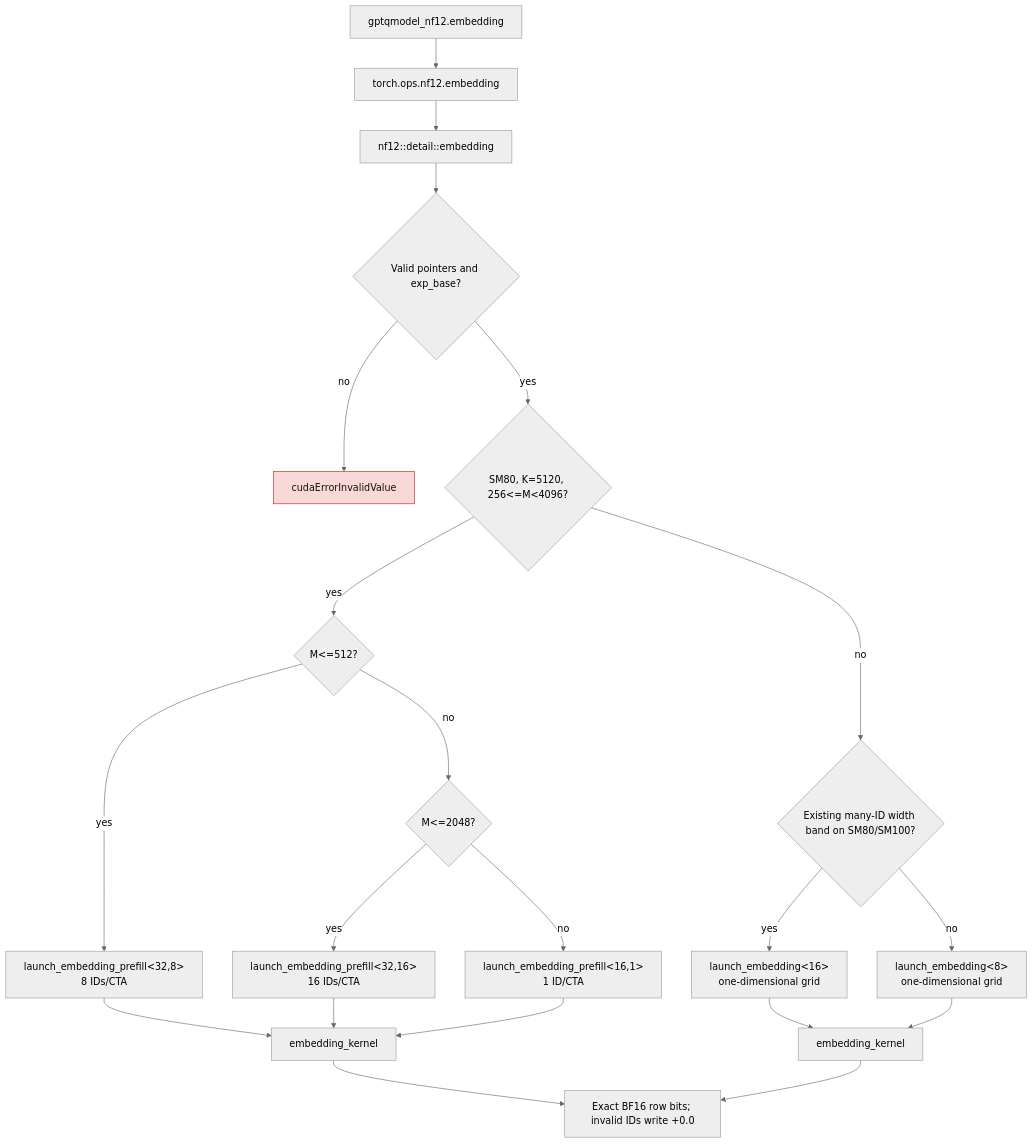
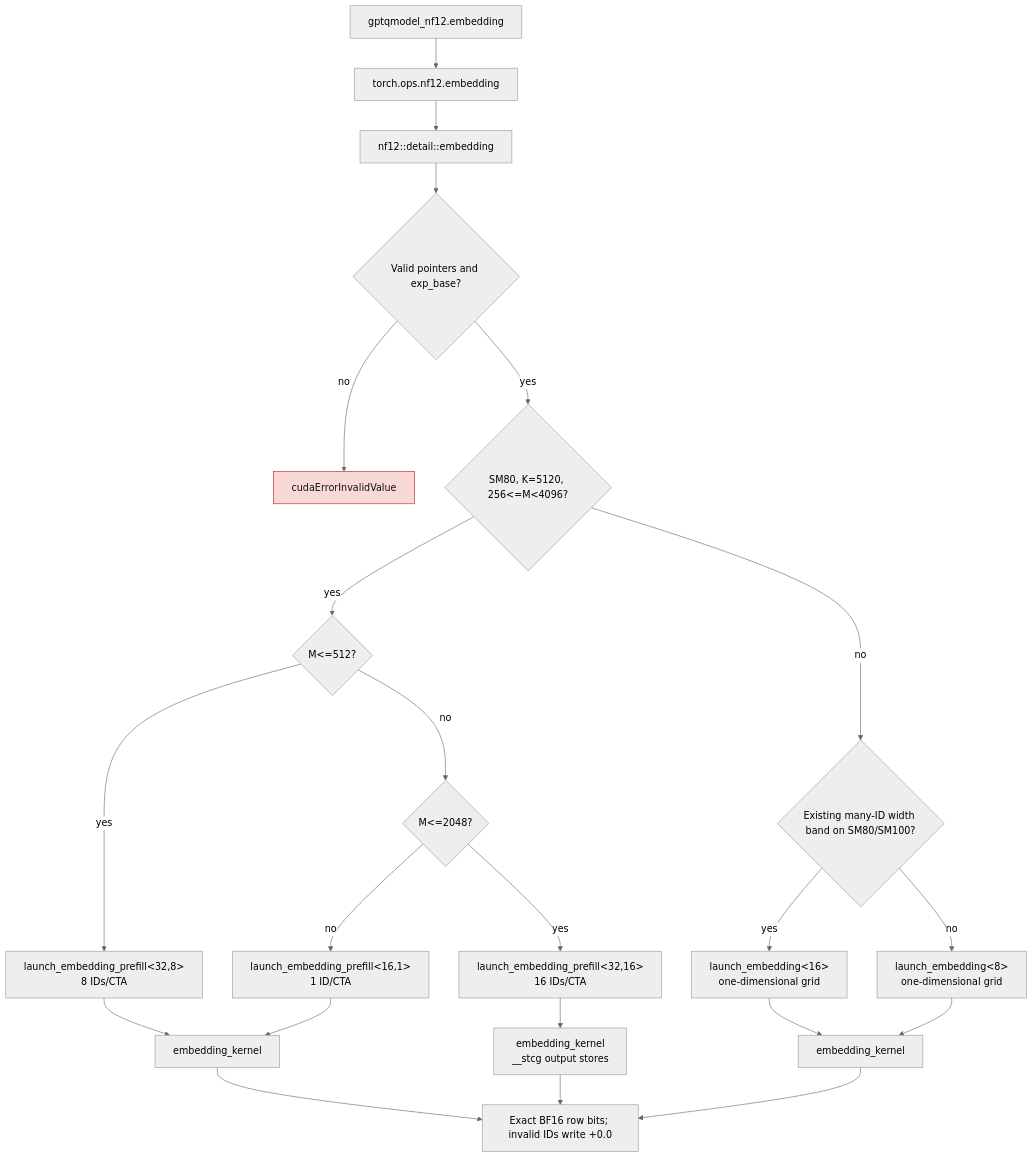
Before and after one commit to ModelCloud/GPTQModel: the diagram in docs/nf12-embedding-prefill-dispatch.md, drawn with Mermaid (neutral theme). The commit also changed other lines of this file and 5 other files, not shown here.

````diff
--- a/docs/nf12-embedding-prefill-dispatch.md
+++ b/docs/nf12-embedding-prefill-dispatch.md
@@ -9,25 +9,26 @@
 ```mermaid
 flowchart TD
     A["gptqmodel_nf12.embedding"] --> B["torch.ops.nf12.embedding"]
     B --> C["nf12::detail::embedding"]
     C --> V{"Valid pointers and exp_base?"}
     V -- no --> X["cudaErrorInvalidValue"]
     V -- yes --> D{"SM80, K=5120, 256<=M<4096?"}
     D -- yes --> E{"M<=512?"}
     E -- yes --> F["launch_embedding_prefill<32,8><br/>8 IDs/CTA"]
     E -- no --> G{"M<=2048?"}
     G -- yes --> P["launch_embedding_prefill<32,16><br/>16 IDs/CTA"]
     G -- no --> Q["launch_embedding_prefill<16,1><br/>1 ID/CTA"]
     D -- no --> H{"Existing many-ID width band on SM80/SM100?"}
     H -- yes --> I["launch_embedding<16><br/>one-dimensional grid"]
     H -- no --> J["launch_embedding<8><br/>one-dimensional grid"]
     F --> K["embedding_kernel<Grid2D=true>"]
-    P --> K
+    P --> S["embedding_kernel<Grid2D=true, IdsPerCTA=16><br/>__stcg output stores"]
     Q --> K
     I --> L["embedding_kernel<Grid2D=false>"]
     J --> L
     K --> Z["Exact BF16 row bits; invalid IDs write +0.0"]
+    S --> Z
     L --> Z
     classDef failure fill:#f9d8d8,stroke:#b42318,color:#111;
     class X failure;
 ```
````
